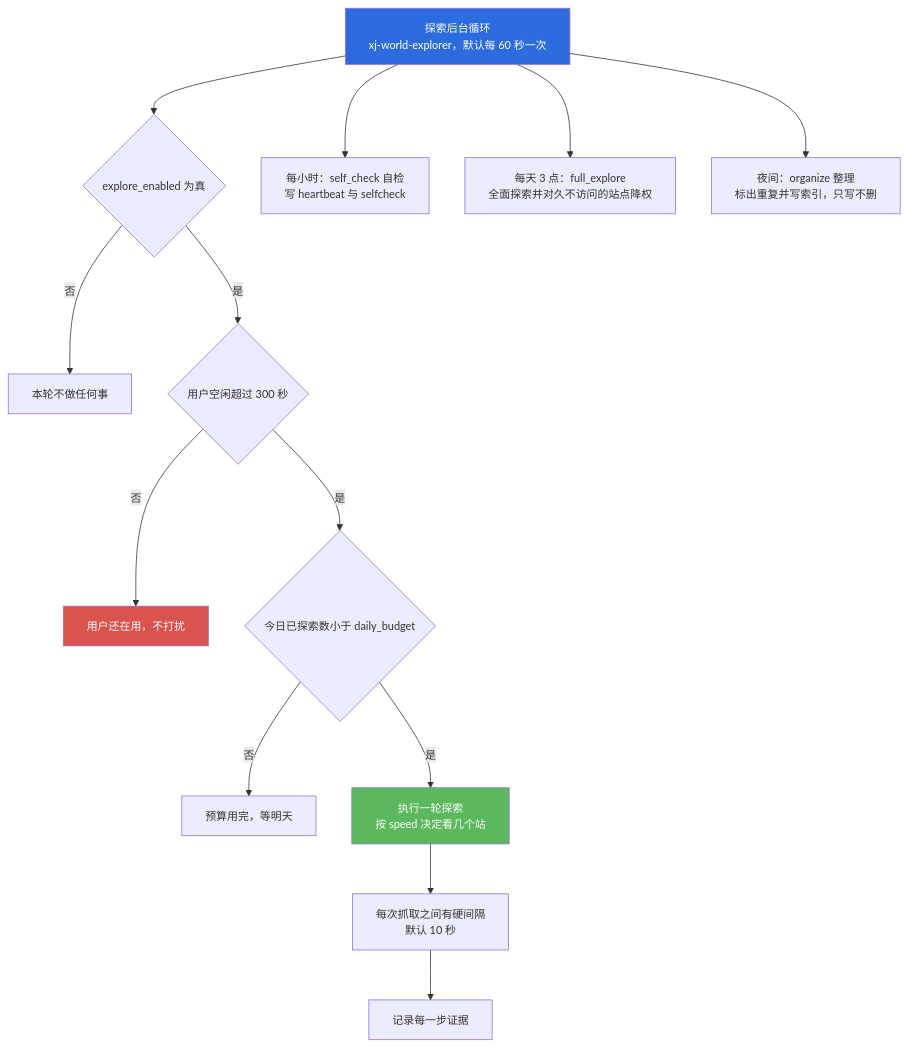
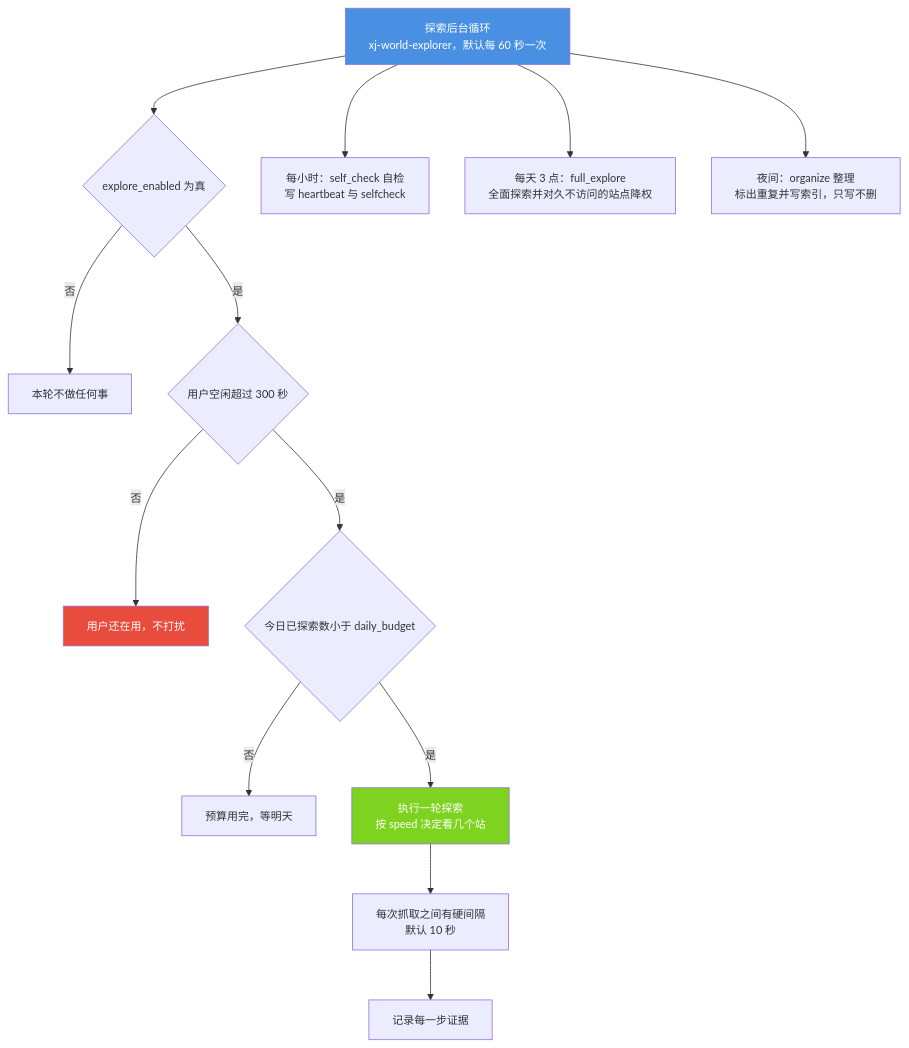
Before and after one commit to jiangchuangege/xiaojiao-harnees: the sixth of 6 diagrams in docs/modules/06-world.md, drawn with Mermaid. The commit also changed other lines of this file and 32 other files, not shown here.

Commit message:
统一：全仓原理图配色到一套调色板 + 给 12 张灰图补色 + 修正自己会睡那张过期图

````diff
--- a/docs/modules/06-world.md
+++ b/docs/modules/06-world.md
@@ -437,22 +437,22 @@
 ```mermaid
 %%{init: {"themeVariables": {"fontSize": "14px"}, "flowchart": {"htmlLabels": true, "wrappingWidth": 340, "nodeSpacing": 46, "rankSpacing": 64, "useMaxWidth": true}}}%%
 flowchart TB
     LOOP["探索后台循环<br/>xj-world-explorer，默认每 60 秒一次"] --> G1{"explore_enabled 为真"}
     G1 -->|"否"| SKIP1["本轮不做任何事"]
     G1 -->|"是"| G2{"用户空闲超过 300 秒"}
     G2 -->|"否"| SKIP2["用户还在用，不打扰"]
     G2 -->|"是"| G3{"今日已探索数小于 daily_budget"}
     G3 -->|"否"| SKIP3["预算用完，等明天"]
     G3 -->|"是"| CYCLE["执行一轮探索<br/>按 speed 决定看几个站"]
 
     CYCLE --> GAP["每次抓取之间有硬间隔<br/>默认 10 秒"]
     GAP --> REC["记录每一步证据"]
 
     LOOP --> H1["每小时：self_check 自检<br/>写 heartbeat 与 selfcheck"]
     LOOP --> H2["每天 3 点：full_explore<br/>全面探索并对久不访问的站点降权"]
     LOOP --> H3["夜间：organize 整理<br/>标出重复并写索引，只写不删"]
 
-    style LOOP fill:#2d6cdf,color:#fff
-    style CYCLE fill:#5cb85c,color:#fff
-    style SKIP2 fill:#d9534f,color:#fff
+    style LOOP fill:#4A90E2,color:#fff
+    style CYCLE fill:#7ED321,color:#fff
+    style SKIP2 fill:#E74C3C,color:#fff
 ```
````
